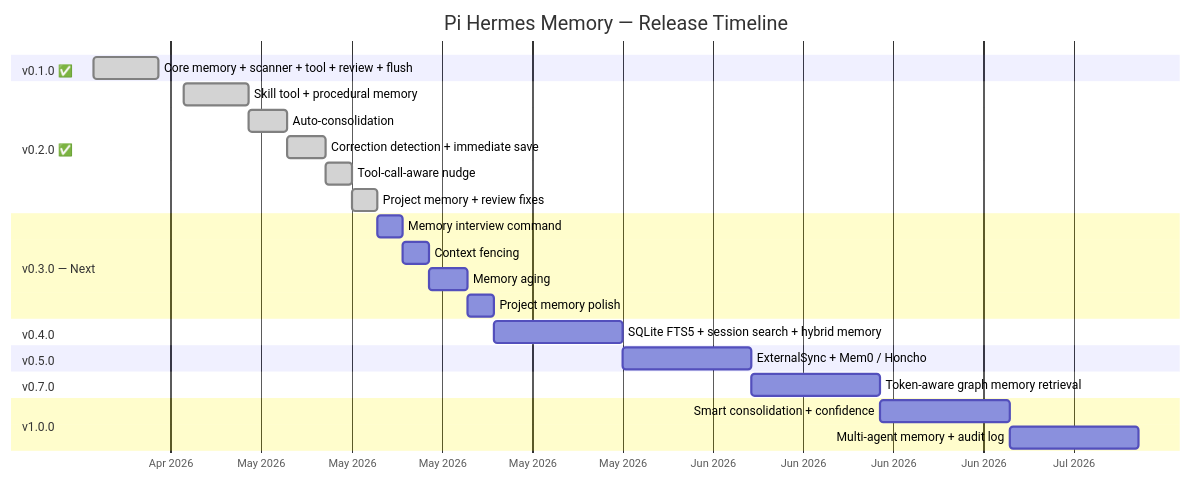
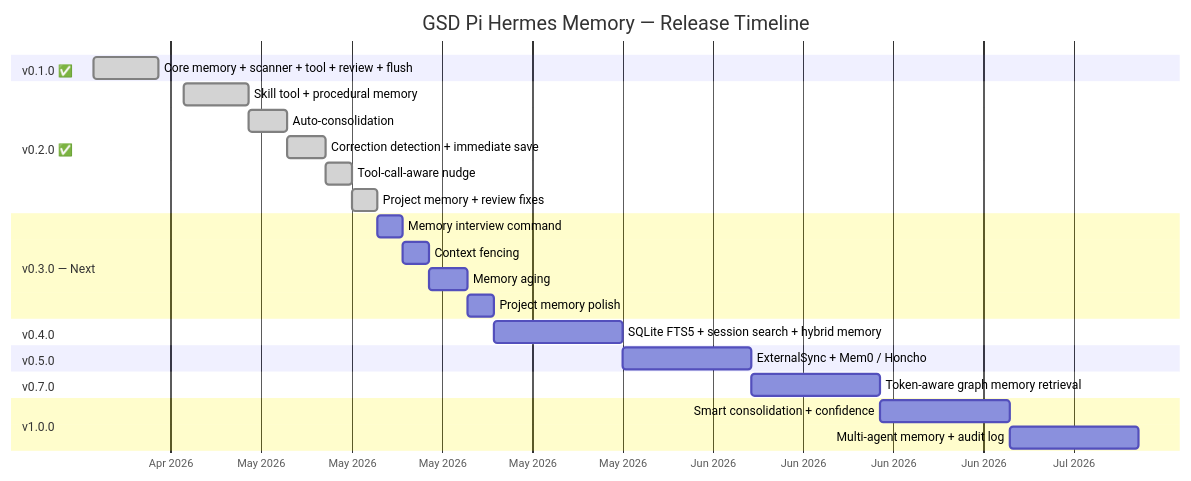
The second of 2 diagrams in docs/ROADMAP.md (efrembaraldo/gsd-pi-hermes-memory), drawn with Mermaid before and after one commit. The commit also changed other lines of this file and 51 other files, not shown here.

````diff
--- a/docs/ROADMAP.md
+++ b/docs/ROADMAP.md
@@ -426,35 +426,35 @@
 ```mermaid
 gantt
-    title Pi Hermes Memory — Release Timeline
+    title GSD Pi Hermes Memory — Release Timeline
     dateFormat YYYY-MM-DD
     axisFormat %b %Y
 
     section v0.1.0 ✅
     Core memory + scanner + tool + review + flush    :done, v01, 2026-04-20, 5d
 
     section v0.2.0 ✅
     Skill tool + procedural memory                   :done, v02a, 2026-04-27, 5d
     Auto-consolidation                               :done, v02b, after v02a, 3d
     Correction detection + immediate save            :done, v02c, after v02b, 3d
     Tool-call-aware nudge                            :done, v02d, after v02c, 2d
     Project memory + review fixes                    :done, v02e, after v02d, 2d
 
     section v0.3.0 — Next
     Memory interview command                         :v03a, after v02e, 2d
     Context fencing                                  :v03b, after v03a, 2d
     Memory aging                                     :v03c, after v03b, 3d
     Project memory polish                            :v03d, after v03c, 2d
 
     section v0.4.0
     SQLite FTS5 + session search + hybrid memory    :v04a, after v03d, 10d
 
     section v0.5.0
     ExternalSync + Mem0 / Honcho                     :v05a, after v04a, 10d
 
     section v0.7.0
     Token-aware graph memory retrieval               :v07a, after v05a, 10d
 
     section v1.0.0
     Smart consolidation + confidence                 :v1a, after v07a, 10d
     Multi-agent memory + audit log                   :v1b, after v1a, 10d
 ```
````
